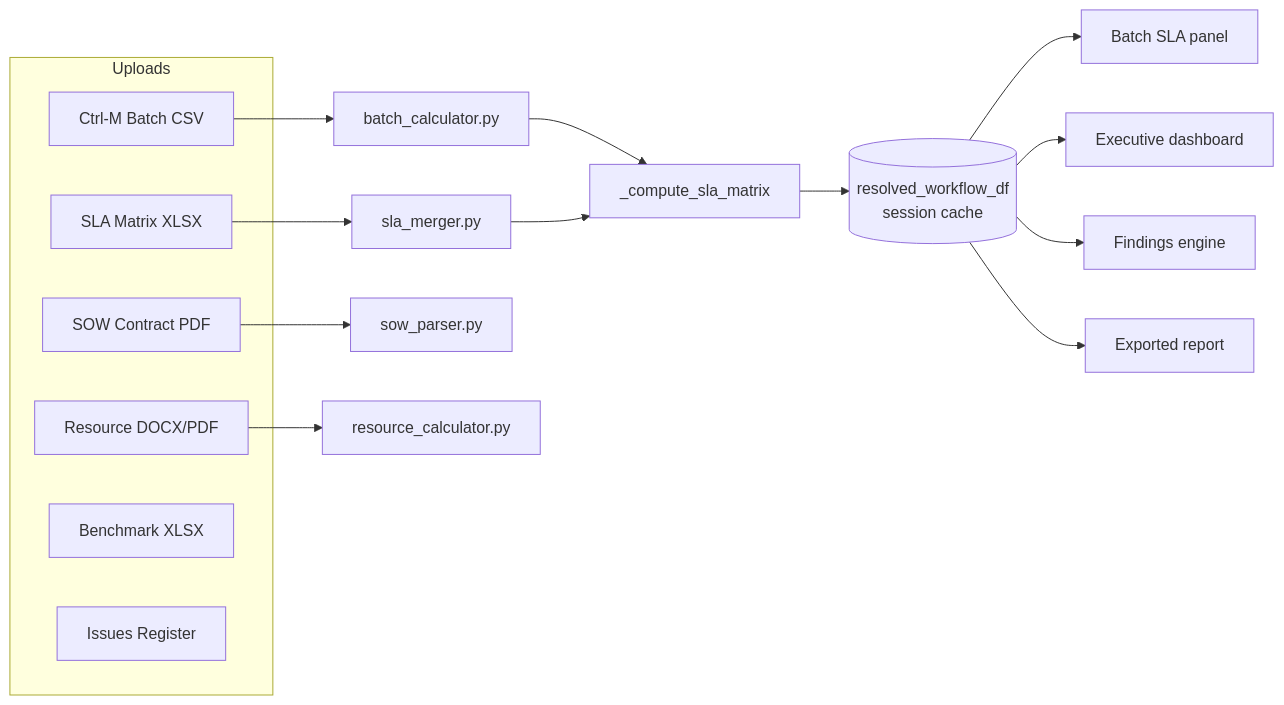
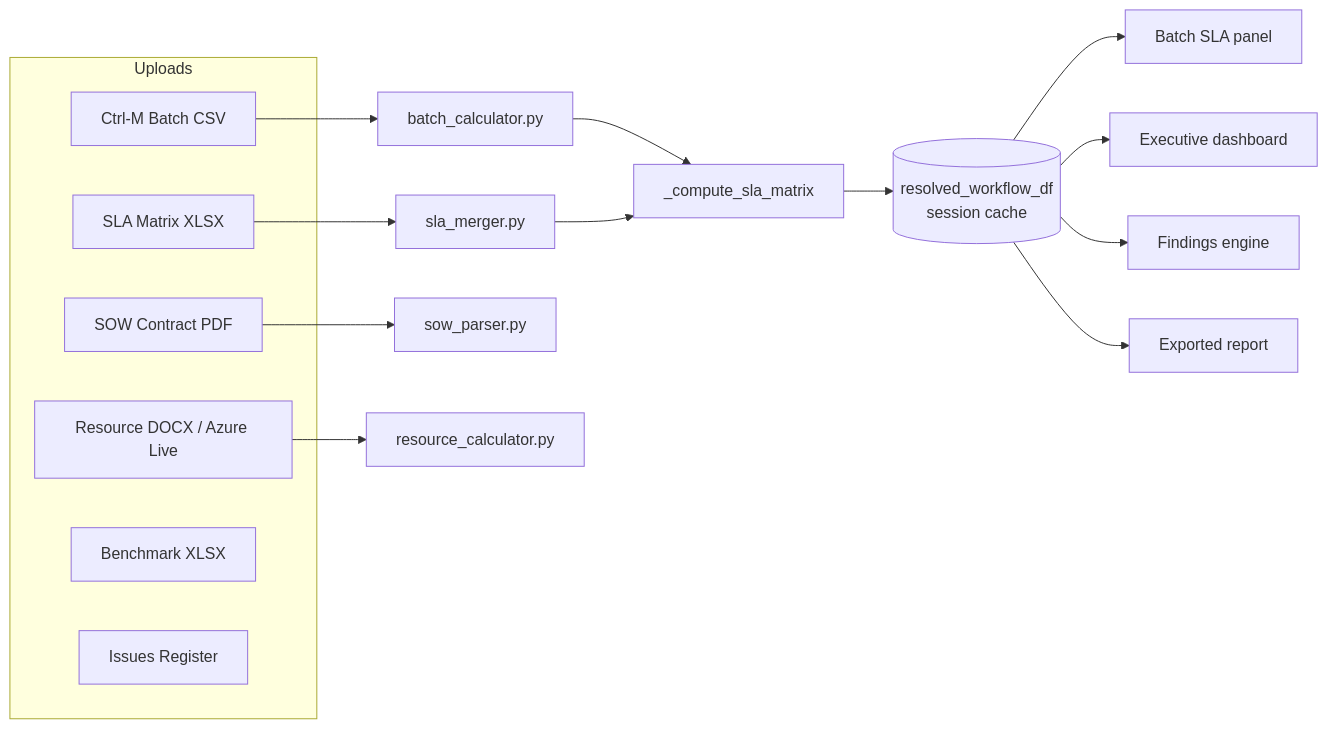
One commit to ayum321/PE_Dashboard changed the first of 4 diagrams in PE_Dashboard_Presentation.md. Above: the diagram before and after it, drawn with Mermaid. The commit also changed other lines of this file and 1 other file, not shown here.

Commit message:
Loosen export_/_export utility-exclusion threshold (0.01h to 0.05h); sanitize presentation: remove customer name, condense debug narrative, fix job-exclusion and Resource-pillar table rows

````diff
--- a/PE_Dashboard_Presentation.md
+++ b/PE_Dashboard_Presentation.md
@@ -80,22 +80,22 @@
 ```mermaid
 flowchart LR
     subgraph Uploads
         A[Ctrl-M Batch CSV]
-        B[Resource DOCX/PDF]
+        B[Resource DOCX / Azure Live]
         C[SLA Matrix XLSX]
         D[SOW Contract PDF]
         E[Benchmark XLSX]
         F[Issues Register]
     end
     A --> P[batch_calculator.py]
     C --> M[sla_merger.py]
     D --> S[sow_parser.py]
     B --> R[resource_calculator.py]
     P --> T[_compute_sla_matrix]
     M --> T
     T --> X[(resolved_workflow_df\nsession cache)]
     X --> U1[Batch SLA panel]
     X --> U2[Executive dashboard]
     X --> U3[Findings engine]
     X --> U4[Exported report]
 ```
````
